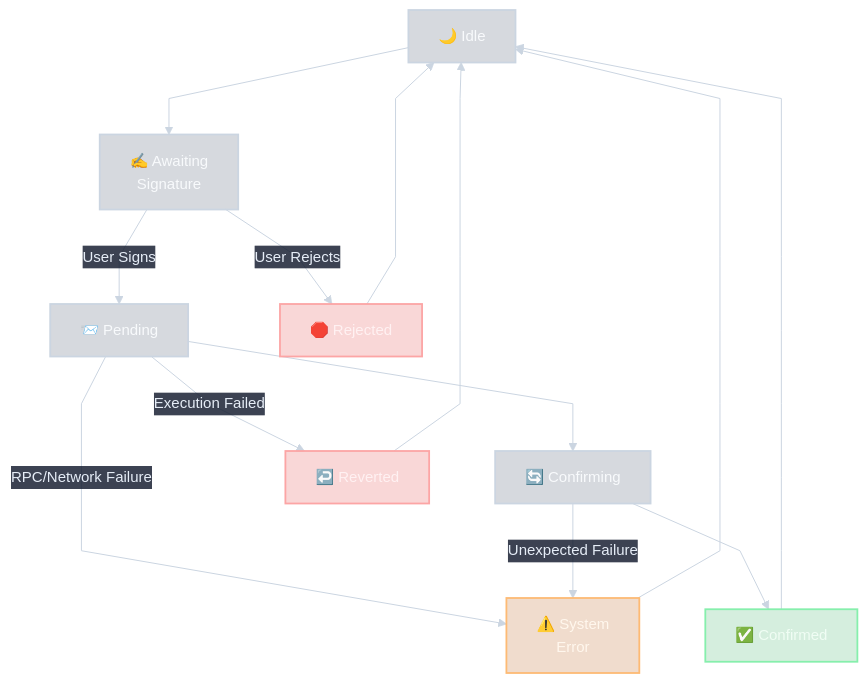
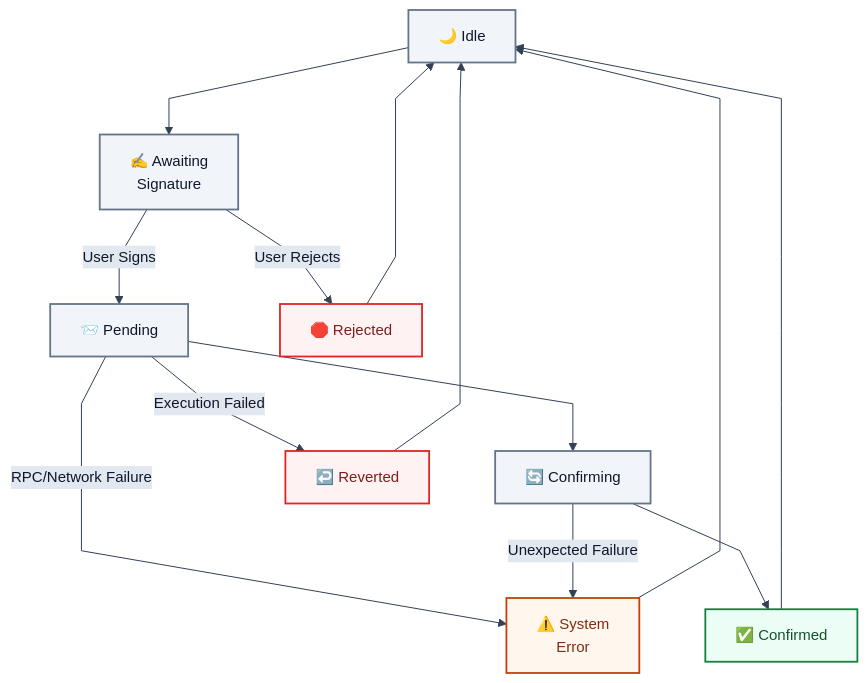
Before and after one commit to sunshineluyao/Moss-Mcp-Transaction: the third of 8 diagrams in README.md, drawn with Mermaid. The commit also changed other lines of this file, not shown here.

Commit message:
docs: make mermaid diagrams github-renderer compatible

````diff
--- a/README.md
+++ b/README.md
@@ -326,28 +326,28 @@
 ```mermaid
-%%{init: {'theme':'base','flowchart': {'htmlLabels': true, 'nodeSpacing': 56, 'rankSpacing': 72, 'curve': 'linear'},'themeVariables': {'fontFamily':'Trebuchet MS, Segoe UI, sans-serif','fontSize':'15px','primaryColor':'transparent','primaryBorderColor':'#cbd5e1','primaryTextColor':'#e6edf7','lineColor':'#cbd5e1','secondaryColor':'rgba(15,23,42,0.18)','tertiaryColor':'transparent','background':'transparent','edgeLabelBackground':'rgba(15,23,42,0.62)'},'themeCSS': '.edgeLabel rect{fill:rgba(15,23,42,0.62)!important;stroke:rgba(148,163,184,0.45)!important;} .edgeLabel p,.edgeLabel span{color:#e6edf7!important;}'} }%%
+%%{init: {'theme':'base','flowchart': {'htmlLabels': true, 'nodeSpacing': 56, 'rankSpacing': 72, 'curve': 'linear'},'themeVariables': {'fontFamily':'Trebuchet MS, Segoe UI, sans-serif','fontSize':'15px','primaryColor':'#eef6ff','primaryBorderColor':'#3b82f6','primaryTextColor':'#0f172a','lineColor':'#334155','secondaryColor':'#f8fafc','tertiaryColor':'#f1f5f9','edgeLabelBackground':'#e2e8f0'}}}%%
 flowchart TB
   Idle["🌙 Idle"] --> Awaiting["✍️ Awaiting<br/>Signature"]
   Awaiting -->|User Signs| Pending["📨 Pending"]
   Awaiting -->|User Rejects| Rejected["🛑 Rejected"]
 
   Pending --> Confirming["🔄 Confirming"]
   Confirming --> Confirmed["✅ Confirmed"]
   Pending -->|Execution Failed| Reverted["↩️ Reverted"]
   Pending -->|RPC/Network Failure| SystemError["⚠️ System<br/>Error"]
   Confirming -->|Unexpected Failure| SystemError
 
   Rejected --> Idle
   Reverted --> Idle
   SystemError --> Idle
   Confirmed --> Idle
 
-  classDef neutral fill:#47556938,stroke:#cbd5e1,stroke-width:1.8px,color:#f8fafc;
-  classDef success fill:#16a34a2e,stroke:#86efac,stroke-width:1.8px,color:#f0fdf4;
-  classDef danger fill:#dc26262e,stroke:#fca5a5,stroke-width:1.8px,color:#fff1f2;
-  classDef warn fill:#b4530933,stroke:#fdba74,stroke-width:1.8px,color:#fff7ed;
+  classDef neutral fill:#f1f5f9,stroke:#64748b,stroke-width:1.8px,color:#0f172a;
+  classDef success fill:#ecfdf5,stroke:#15803d,stroke-width:1.8px,color:#14532d;
+  classDef danger fill:#fef2f2,stroke:#dc2626,stroke-width:1.8px,color:#7f1d1d;
+  classDef warn fill:#fff7ed,stroke:#c2410c,stroke-width:1.8px,color:#7c2d12;
 
   class Idle,Awaiting,Pending,Confirming neutral;
   class Confirmed success;
   class Rejected,Reverted danger;
   class SystemError warn;
 ```
````
